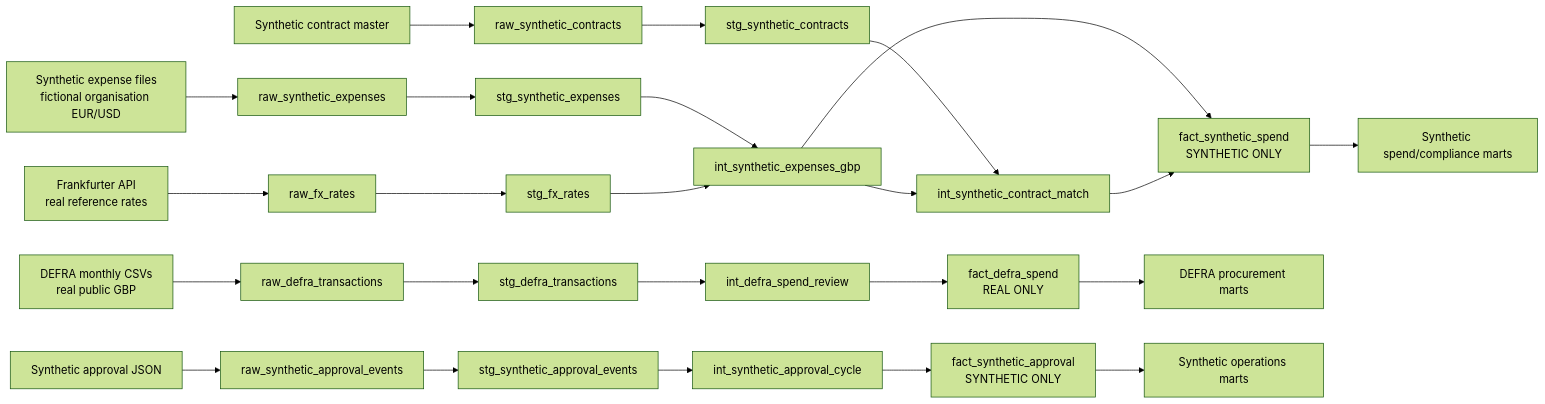
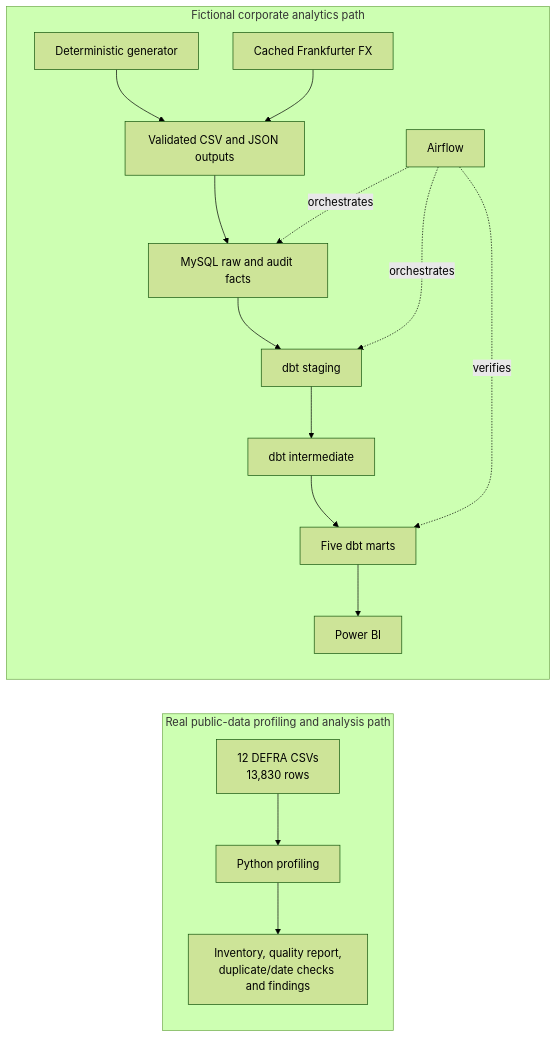
The diagram in docs/architecture.md (ml20g2l/Enterprise-Spend-Analysis-Pipeline), drawn with Mermaid (forest theme) before and after one commit. The commit also changed other lines of this file and 48 other files, not shown here.

````diff
--- a/docs/architecture.md
+++ b/docs/architecture.md
@@ -5,30 +10,20 @@
 ```mermaid
 flowchart LR
-    A[DEFRA monthly CSVs\nreal public GBP] --> B[raw_defra_transactions]
-    C[Synthetic expense files\nfictional organisation EUR/USD] --> D[raw_synthetic_expenses]
-    E[Frankfurter API\nreal reference rates] --> F[raw_fx_rates]
-    G[Synthetic contract master] --> H[raw_synthetic_contracts]
-    I[Synthetic approval JSON] --> J[raw_synthetic_approval_events]
+    subgraph REAL[Real public-data profiling and analysis path]
+      A[12 DEFRA CSVs\n13,830 rows] --> B[Python profiling]
+      B --> C[Inventory, quality report,\nduplicate/date checks and findings]
+    end
 
-    B --> K[stg_defra_transactions]
-    D --> L[stg_synthetic_expenses]
-    F --> M[stg_fx_rates]
-    H --> N[stg_synthetic_contracts]
-    J --> O[stg_synthetic_approval_events]
-
-    K --> P[int_defra_spend_review]
-    L --> Q[int_synthetic_expenses_gbp]
-    M --> Q
-    N --> R[int_synthetic_contract_match]
-    Q --> R
-    O --> S[int_synthetic_approval_cycle]
-
-    P --> T[fact_defra_spend\nREAL ONLY]
-    Q --> U[fact_synthetic_spend\nSYNTHETIC ONLY]
-    R --> U
-    S --> V[fact_synthetic_approval\nSYNTHETIC ONLY]
-
-    T --> W[DEFRA procurement marts]
-    U --> X[Synthetic spend/compliance marts]
-    V --> Y[Synthetic operations marts]
+    subgraph SYNTHETIC[Fictional corporate analytics path]
+      D[Deterministic generator] --> E[Validated CSV and JSON outputs]
+      F[Cached Frankfurter FX] --> E
+      E --> G[MySQL raw and audit facts]
+      G --> H[dbt staging]
+      H --> I[dbt intermediate]
+      I --> J[Five dbt marts]
+      J --> K[Power BI]
+      L[Airflow] -. orchestrates .-> G
+      L -. orchestrates .-> H
+      L -. verifies .-> J
+    end
 ```
````
